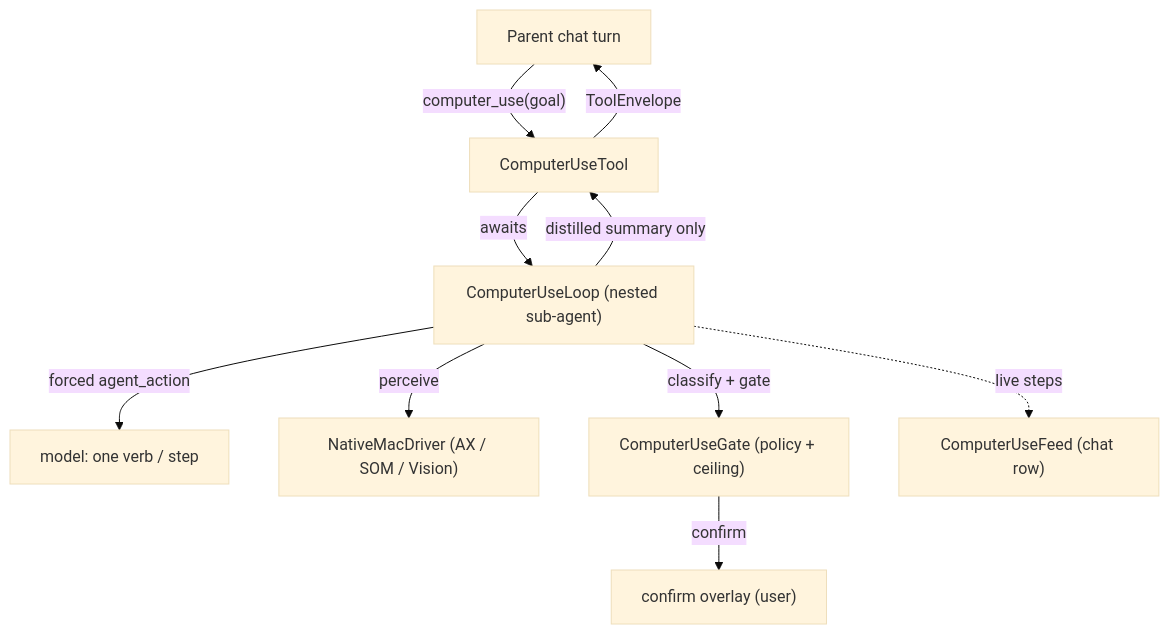
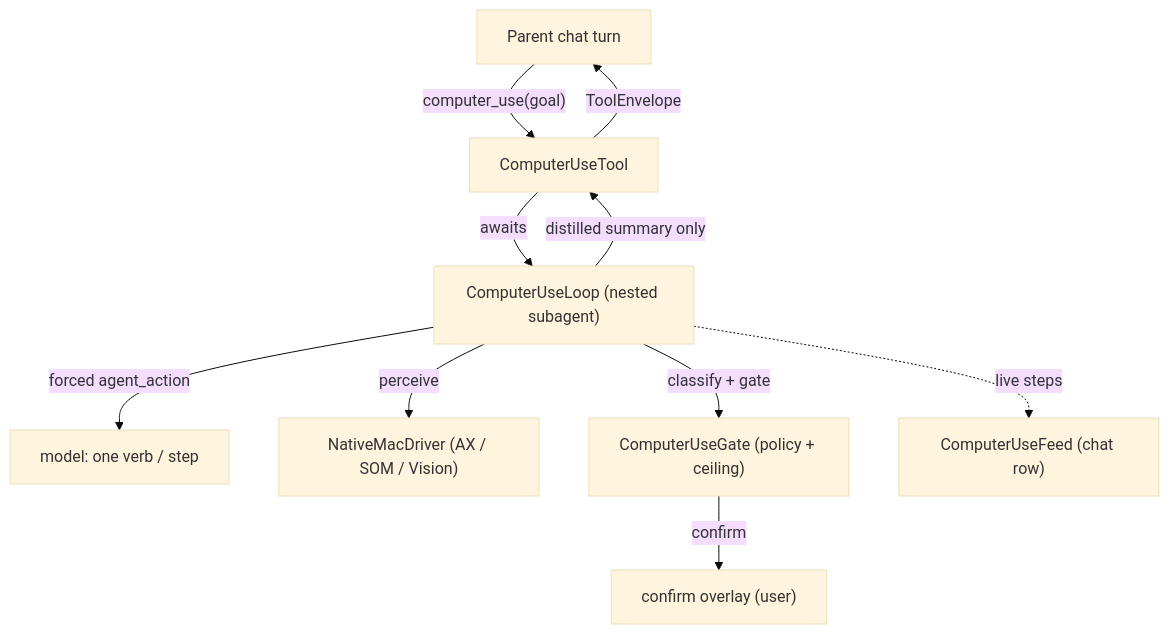
Before and after one commit to codingwatching/osaurus: the diagram in docs/COMPUTER_USE.md, drawn with Mermaid (base theme). The commit also changed other lines of this file and 72 other files, not shown here.

First line of the commit message:
Standardize on "subagent" spelling (drop hyphenated "sub-agent") (#1769)

````diff
--- a/docs/COMPUTER_USE.md
+++ b/docs/COMPUTER_USE.md
@@ -23,12 +23,12 @@
 ```mermaid
 flowchart TD
     parent["Parent chat turn"] -->|"computer_use(goal)"| tool["ComputerUseTool"]
-    tool -->|"awaits"| loop["ComputerUseLoop (nested sub-agent)"]
+    tool -->|"awaits"| loop["ComputerUseLoop (nested subagent)"]
     loop -->|"forced agent_action"| model["model: one verb / step"]
     loop -->|"perceive"| driver["NativeMacDriver (AX / SOM / Vision)"]
     loop -->|"classify + gate"| gate["ComputerUseGate (policy + ceiling)"]
     gate -->|"confirm"| overlay["confirm overlay (user)"]
     loop -->|"distilled summary only"| tool
     tool -->|"ToolEnvelope"| parent
     loop -. live steps .-> feed["ComputerUseFeed (chat row)"]
 ```
````
